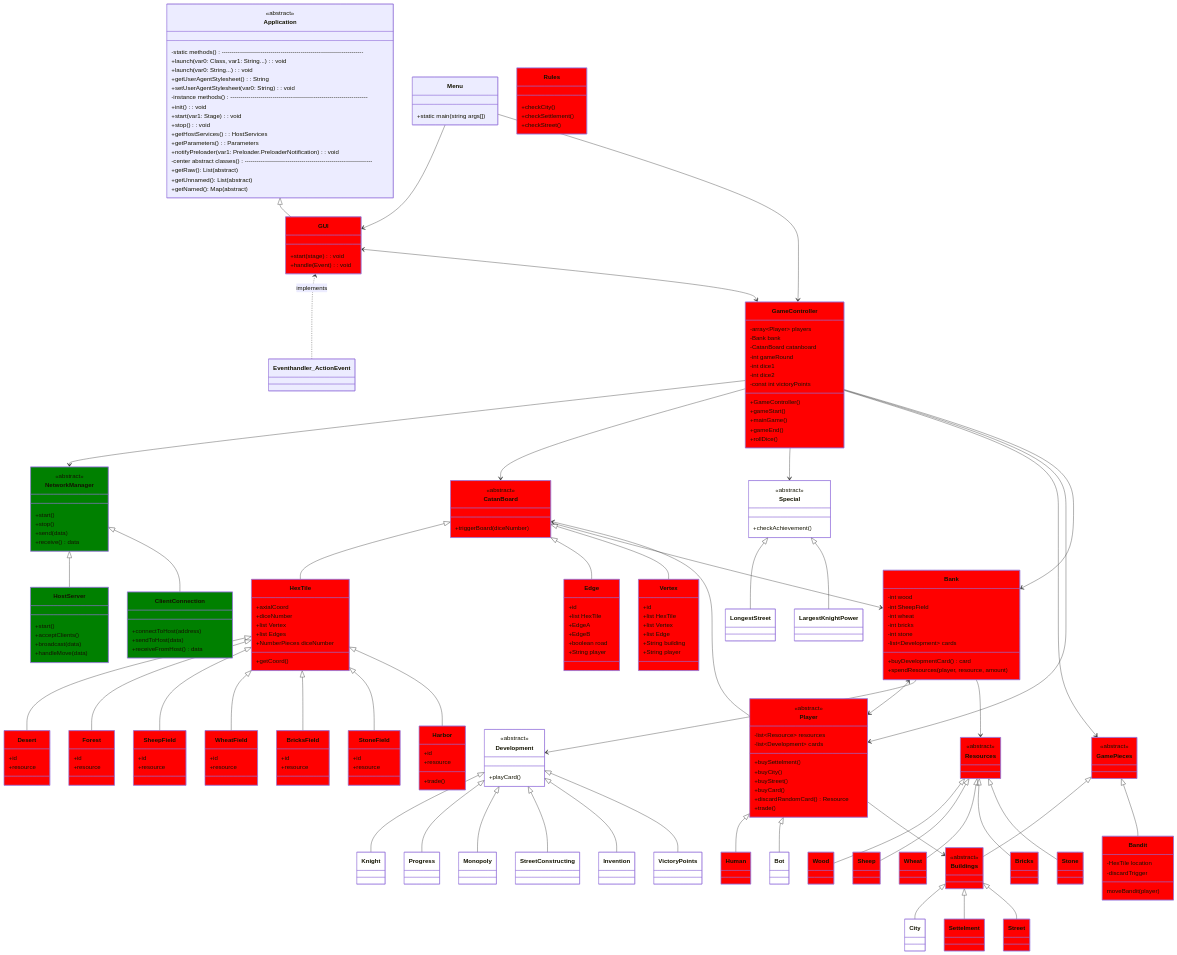
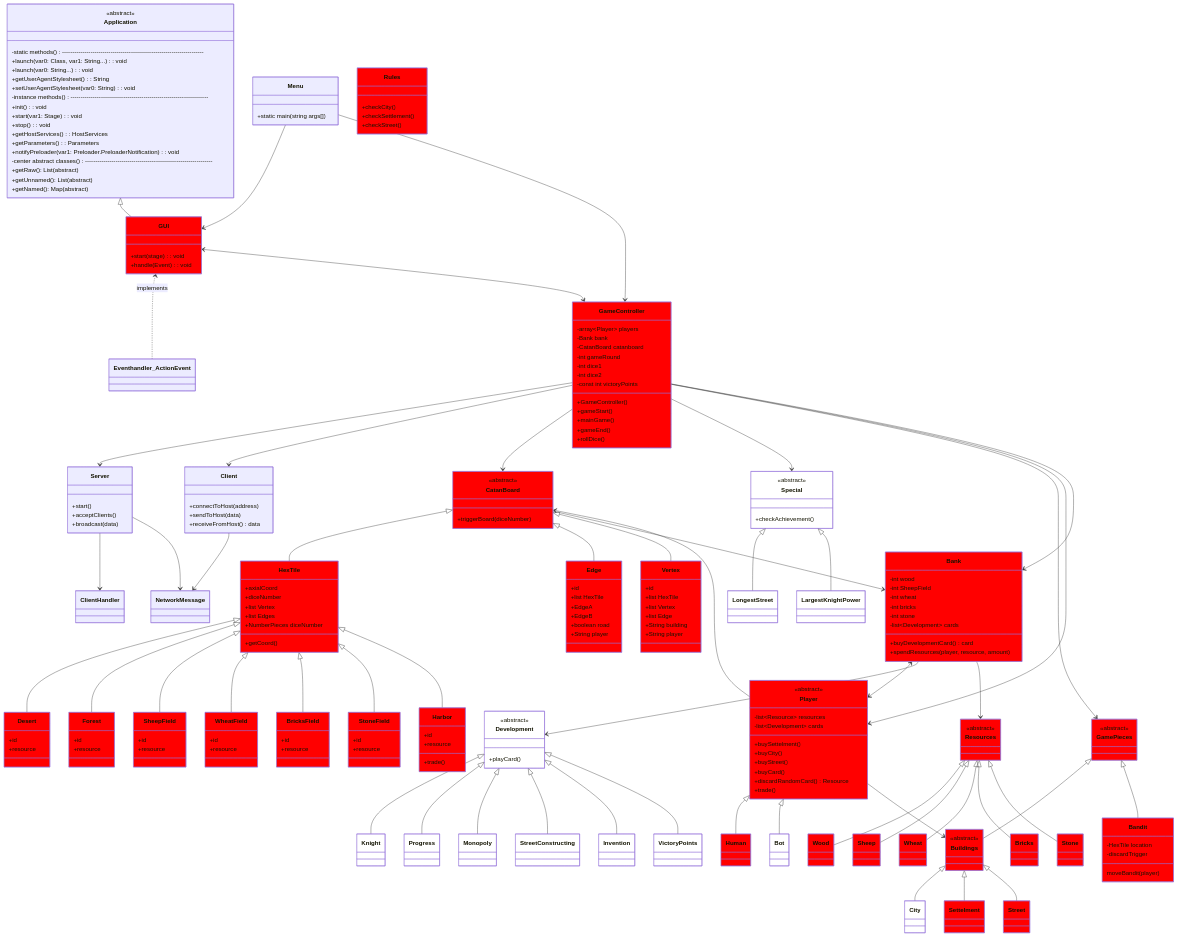
The diagram in docs/ProjectStructure/classChart.md (Wes1101/ExceptionFromCatan), drawn with Mermaid before and after one commit.

Commit message:
update server client in class chart

```diff
--- a/docs/ProjectStructure/classChart.md
+++ b/docs/ProjectStructure/classChart.md
@@ -230,22 +230,18 @@
         +spendResources(player, resource, amount)
     }
 
-    class NetworkManager {
-        <<abstract>>
-        +start()
-        +stop()
-        +send(data)
-        +receive() data
+    class NetworkMessage {
     }
 
-    class HostServer {
+    class Server {
         +start()
         +acceptClients()
         +broadcast(data)
-        +handleMove(data)
+    }
+    class ClientHandler {
     }
 
-    class ClientConnection {
+    class Client {
         +connectToHost(address)
         +sendToHost(data)
         +receiveFromHost() data
@@ -288,9 +284,11 @@
 %% Association
     Menu --> GUI
     Menu --> GameController
-    GameController --> NetworkManager
-    NetworkManager <|-- HostServer
-    NetworkManager <|-- ClientConnection
+    GameController --> Server
+    Server --> ClientHandler
+    GameController --> Client
+    Client --> NetworkMessage
+    Server --> NetworkMessage
     GUI <--> GameController
     GameController --> CatanBoard
     GameController --> Special
```
